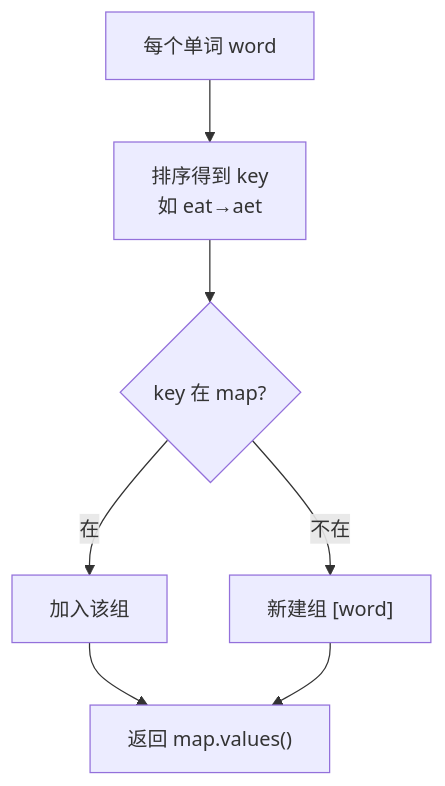
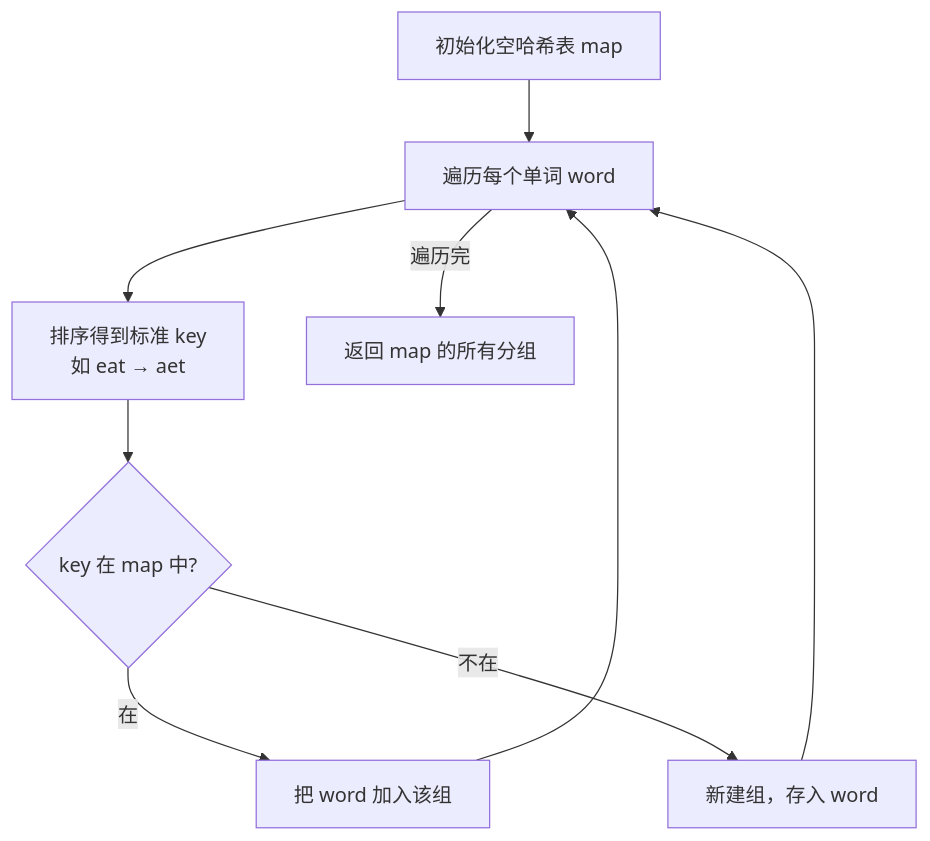
The first of 2 diagrams in 01-哈希/0049-字母异位词分组.md (OctalZero/hot100-py), drawn with Mermaid before and after one commit. The commit also changed other lines of this file and 117 other files, not shown here.

First line of the commit message:
feat: 全题解配图升级为「动画式 mermaid」（总览骨架 + 横向时间线逐步推演）

````diff
--- a/01-哈希/0049-字母异位词分组.md
+++ b/01-哈希/0049-字母异位词分组.md
@@ -20,9 +20,11 @@
 ```mermaid
 flowchart TD
-    A["每个单词 word"] --> B["排序得到 key<br/>如 eat→aet"]
-    B --> C{"key 在 map?"}
-    C -- "在" --> D["加入该组"]
-    C -- "不在" --> E["新建组 [word]"]
-    D --> F["返回 map.values()"]
-    E --> F
+    A["初始化空哈希表 map"] --> B["遍历每个单词 word"]
+    B --> C["排序得到标准 key<br/>如 eat → aet"]
+    C --> D{"key 在 map 中?"}
+    D -->|"在"| E["把 word 加入该组"]
+    D -->|"不在"| F["新建组，存入 word"]
+    E --> B
+    F --> B
+    B -->|"遍历完"| G["返回 map 的所有分组"]
 ```
````
